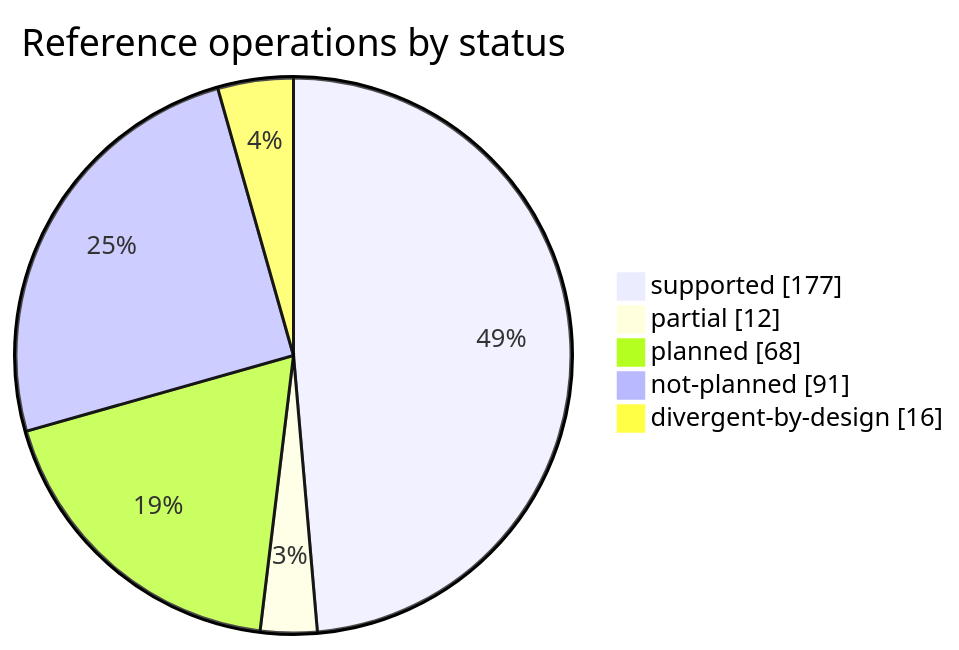
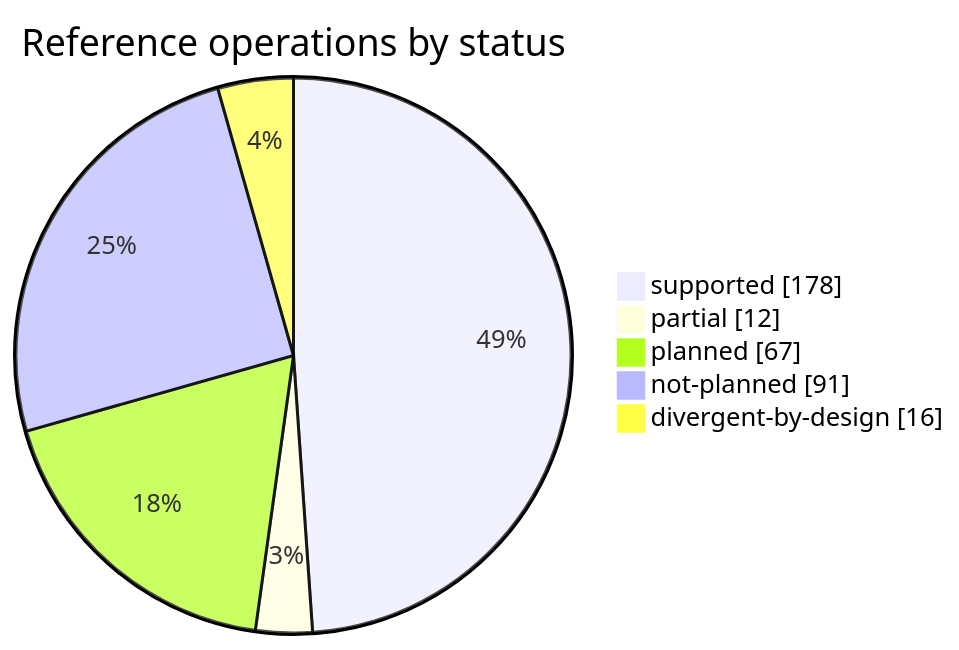
One commit to rafaelvieiras/tinyfin changed the first of 2 diagrams in docs/COVERAGE.md. Above: the diagram before and after it, drawn with Mermaid. The commit also changed other lines of this file and 15 other files, not shown here.

````diff
--- a/docs/COVERAGE.md
+++ b/docs/COVERAGE.md
@@ -32,8 +32,8 @@
 ```mermaid
 pie showData title Reference operations by status
-    "supported" : 177
+    "supported" : 178
     "partial" : 12
-    "planned" : 68
+    "planned" : 67
     "not-planned" : 91
     "divergent-by-design" : 16
 ```
````
